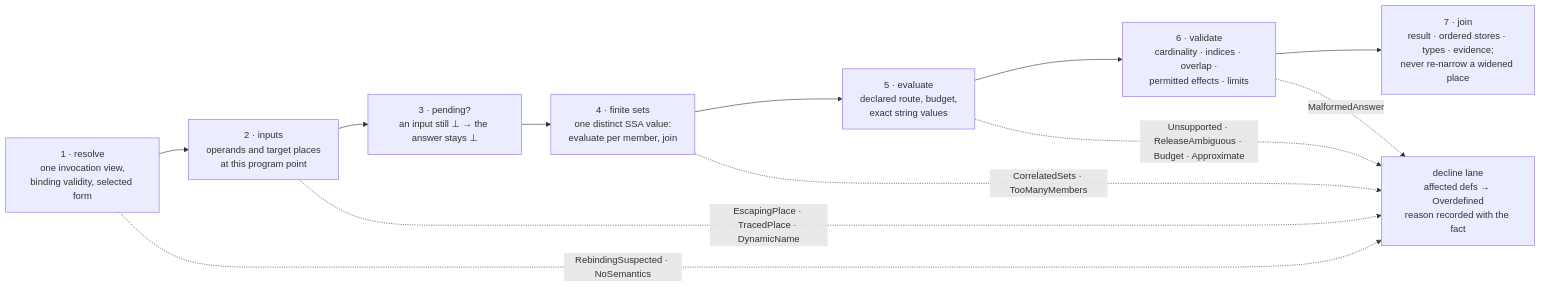
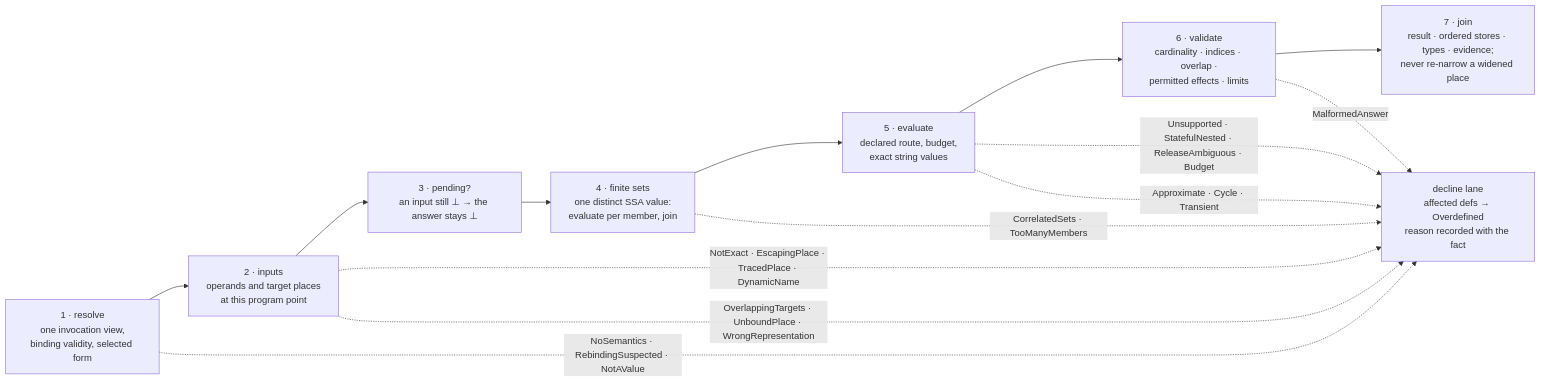
Before and after one commit to bitwisecook/tcl-lsp: the third of 5 diagrams in docs/design/compiler/value-transfers.md, drawn with Mermaid. The commit also changed other lines of this file, not shown here.

````diff
--- a/docs/design/compiler/value-transfers.md
+++ b/docs/design/compiler/value-transfers.md
@@ -475,17 +893,19 @@
 ```mermaid
 flowchart LR
     S1["1 · resolve<br/>one invocation view,<br/>binding validity, selected form"]
     S2["2 · inputs<br/>operands and target places<br/>at this program point"]
     S3["3 · pending?<br/>an input still ⊥ → the answer stays ⊥"]
     S4["4 · finite sets<br/>one distinct SSA value:<br/>evaluate per member, join"]
     S5["5 · evaluate<br/>declared route, budget,<br/>exact string values"]
     S6["6 · validate<br/>cardinality · indices · overlap ·<br/>permitted effects · limits"]
     S7["7 · join<br/>result · ordered stores · types · evidence;<br/>never re-narrow a widened place"]
     S1 --> S2 --> S3 --> S4 --> S5 --> S6 --> S7
-    S1 -. RebindingSuspected · NoSemantics .-> W
-    S2 -. EscapingPlace · TracedPlace · DynamicName .-> W
+    S1 -. NoSemantics · RebindingSuspected · NotAValue .-> W
+    S2 -. NotExact · EscapingPlace · TracedPlace · DynamicName .-> W
+    S2 -. OverlappingTargets · UnboundPlace · WrongRepresentation .-> W
     S4 -. CorrelatedSets · TooManyMembers .-> W
-    S5 -. Unsupported · ReleaseAmbiguous · Budget · Approximate .-> W
+    S5 -. Unsupported · StatefulNested · ReleaseAmbiguous · Budget .-> W
+    S5 -. Approximate · Cycle · Transient .-> W
     S6 -. MalformedAnswer .-> W
     W["decline lane<br/>affected defs → Overdefined<br/>reason recorded with the fact"]
 ```
````
